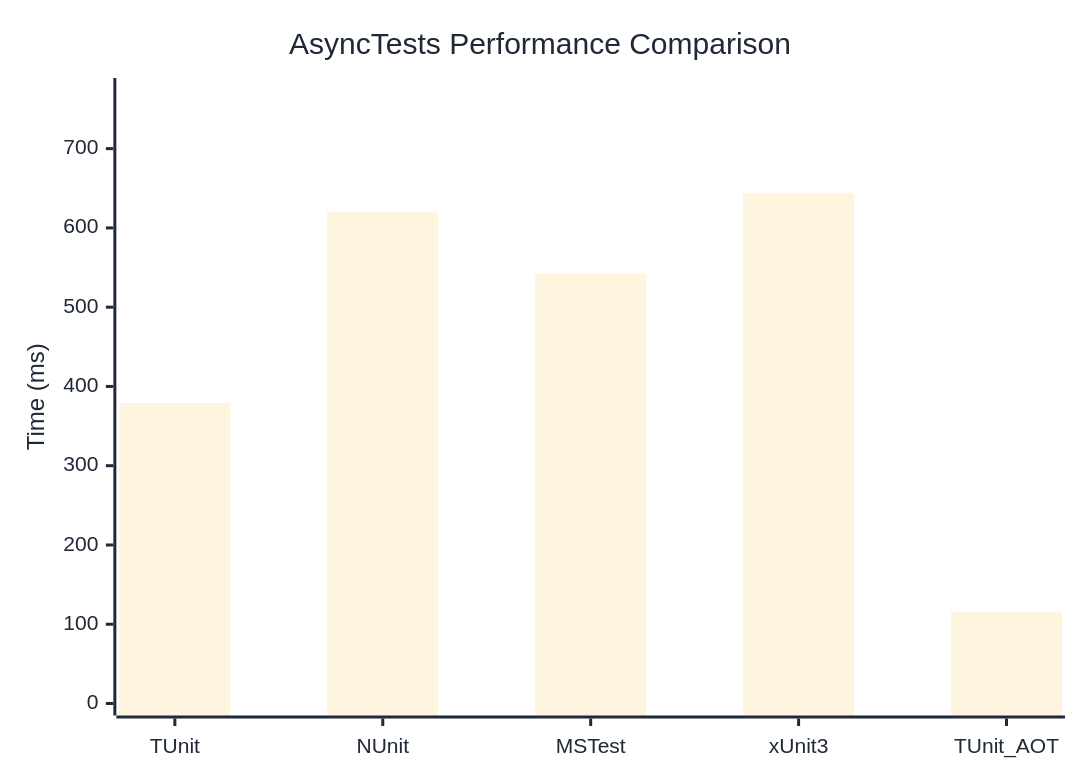
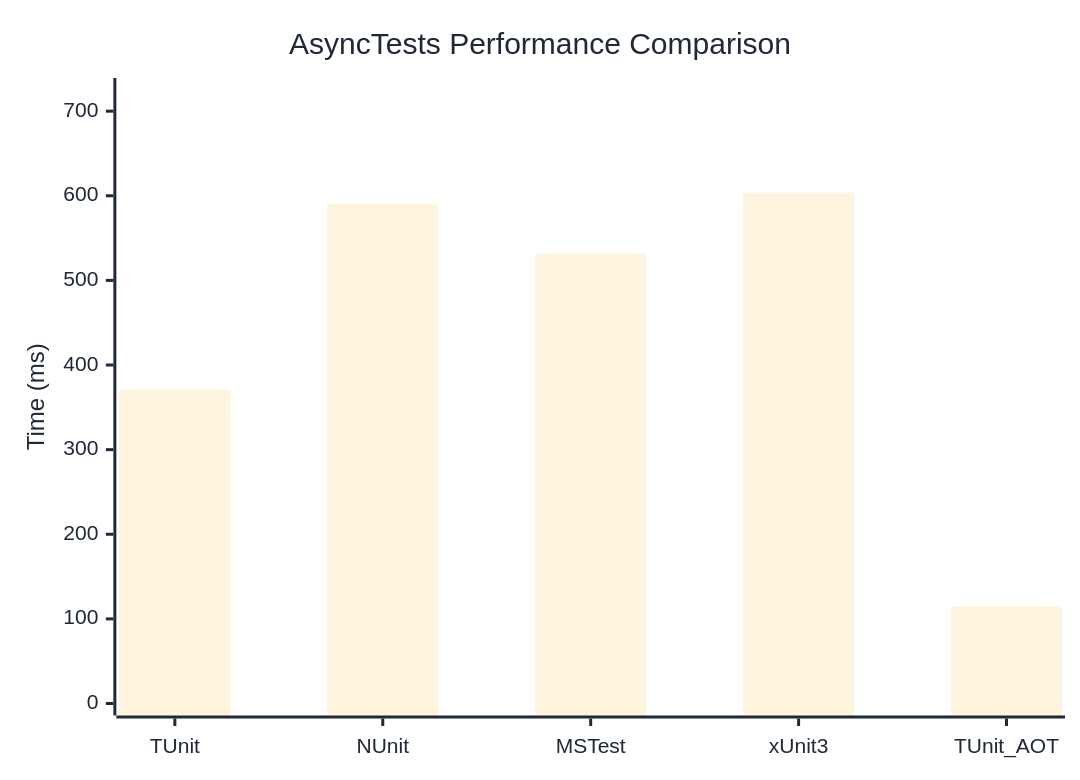
Before and after one commit to thomhurst/TUnit: the diagram in docs/docs/benchmarks/engine/AsyncTests.md, drawn with Mermaid. The commit also changed other lines of this file and 17 other files, not shown here.

````diff
--- a/docs/docs/benchmarks/engine/AsyncTests.md
+++ b/docs/docs/benchmarks/engine/AsyncTests.md
@@ -29,37 +29,37 @@
 ```mermaid
 %%{init: {
   'theme':'base',
   'themeVariables': {
     'primaryColor': '#2563eb',
     'primaryTextColor': '#1f2937',
     'primaryBorderColor': '#1e40af',
     'lineColor': '#6b7280',
     'secondaryColor': '#7c3aed',
     'tertiaryColor': '#dc2626',
     'background': '#ffffff',
     'mainBkg': '#2563eb',
     'secondBkg': '#7c3aed',
     'tertiaryBkg': '#dc2626',
     'clusterBkg': '#f3f4f6',
     'edgeLabelBackground': '#ffffff',
     'tertiaryTextColor': '#1f2937',
     'pie1': '#2563eb',
     'pie2': '#7c3aed',
     'pie3': '#dc2626',
     'pie4': '#f59e0b',
     'pie5': '#10b981',
     'pie6': '#06b6d4',
     'pie7': '#ec4899',
     'pie8': '#6366f1',
     'pie9': '#84cc16',
     'pie10': '#f97316',
     'pie11': '#14b8a6',
     'pie12': '#a855f7'
   }
 }}%%
 xychart-beta
   title "AsyncTests Performance Comparison"
   x-axis ["TUnit", "NUnit", "MSTest", "xUnit3", "TUnit_AOT"]
-  y-axis "Time (ms)" 0 --> 774
-  bar [379.2, 620.6, 542.1, 644.3, 116]
+  y-axis "Time (ms)" 0 --> 725
+  bar [370.7, 590.8, 531.8, 603.6, 115.1]
 ```
````
